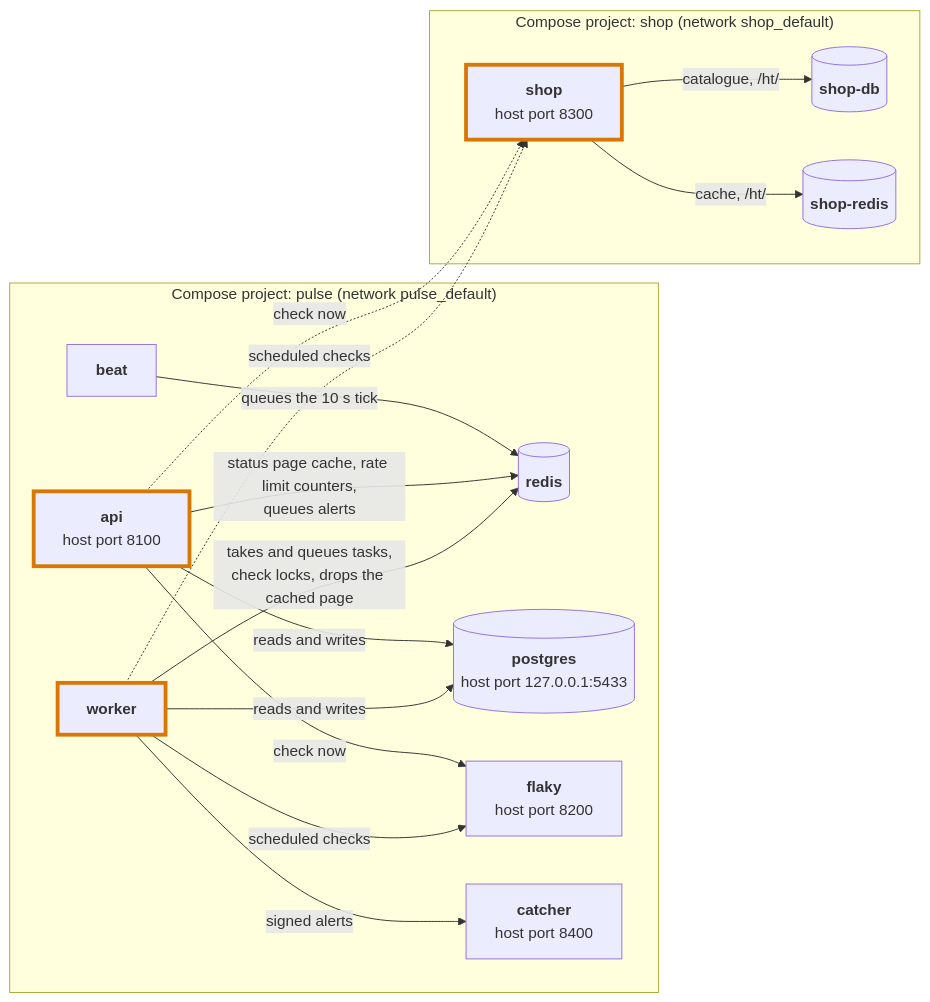
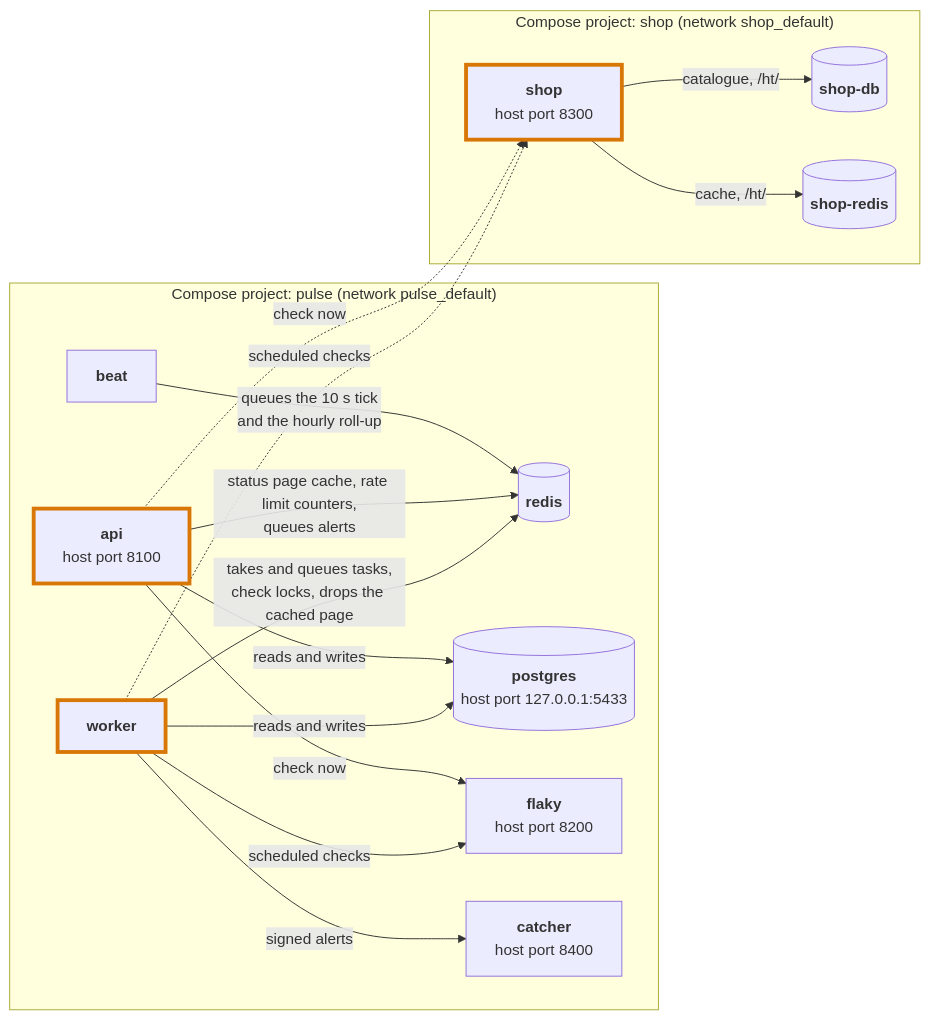
The third of 13 diagrams in ARCHITECTURE.md (wbaghdadi20/pulse), drawn with Mermaid before and after one commit. The commit also changed other lines of this file and 3 other files, not shown here.

Commit message:
docs: data retention in the README and the architecture, and its ADR

````diff
--- a/ARCHITECTURE.md
+++ b/ARCHITECTURE.md
@@ -112,34 +112,34 @@
 ```mermaid
 flowchart LR
     subgraph pulseproj ["Compose project: pulse (network pulse_default)"]
         beat["<b>beat</b>"]
         api["<b>api</b><br/>host port 8100"]
         worker["<b>worker</b>"]
         redis[("<b>redis</b>")]
         postgres[("<b>postgres</b><br/>host port 127.0.0.1:5433")]
         flaky["<b>flaky</b><br/>host port 8200"]
         catcher["<b>catcher</b><br/>host port 8400"]
     end
 
     subgraph shopproj ["Compose project: shop (network shop_default)"]
         shop["<b>shop</b><br/>host port 8300"]
         shopdb[("<b>shop-db</b>")]
         shopredis[("<b>shop-redis</b>")]
     end
 
-    beat -- "queues the 10 s tick" --> redis
+    beat -- "queues the 10 s tick<br/>and the hourly roll-up" --> redis
     api -- "reads and writes" --> postgres
     api -- "status page cache, rate limit counters,<br/>queues alerts" --> redis
     worker -- "reads and writes" --> postgres
     worker -- "takes and queues tasks,<br/>check locks, drops the cached page" --> redis
     api -- "check now" --> flaky
     worker -- "scheduled checks" --> flaky
     worker -- "signed alerts" --> catcher
     api -. "check now" .-> shop
     worker -. "scheduled checks" .-> shop
     shop -- "catalogue, /ht/" --> shopdb
     shop -- "cache, /ht/" --> shopredis
 
     classDef shared stroke:#d97706,stroke-width:4px
     class api,worker,shop shared
 ```
````
